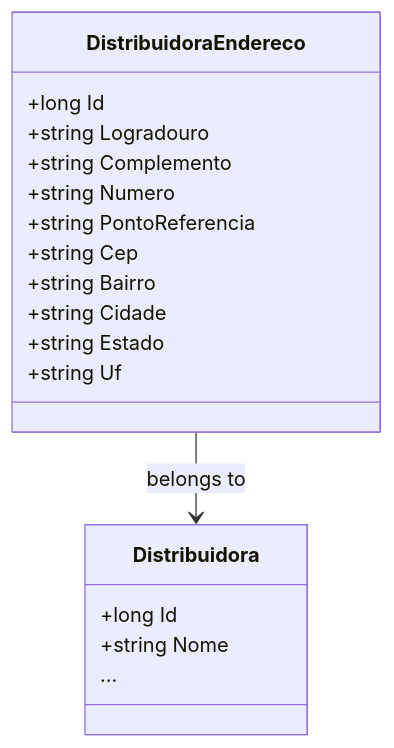
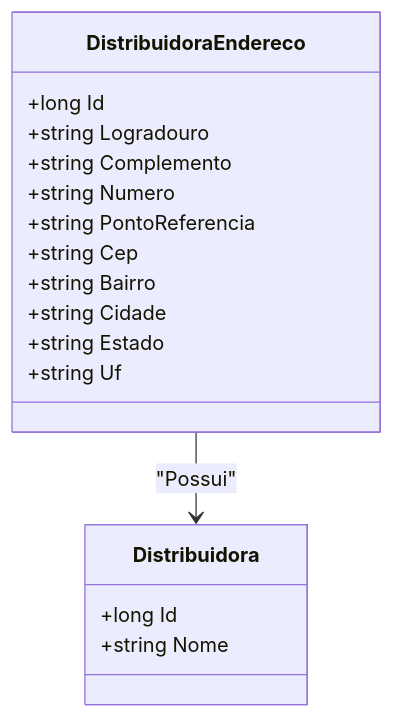
The diagram in docs/b2b-dominio/IsthmusWinthor.Nucleo/IsthmusWinthor.Dominio/Entidades/DistribuidoraEndereco.md (IsthmusSistemas/documentacao-tecnica), drawn with Mermaid before and after one commit. The commit also changed other lines of this file and 882 other files, not shown here.

````diff
--- a/docs/b2b-dominio/IsthmusWinthor.Nucleo/IsthmusWinthor.Dominio/Entidades/DistribuidoraEndereco.md
+++ b/docs/b2b-dominio/IsthmusWinthor.Nucleo/IsthmusWinthor.Dominio/Entidades/DistribuidoraEndereco.md
@@ -16,21 +18,20 @@
 ```mermaid
 classDiagram
     class DistribuidoraEndereco {
         +long Id
         +string Logradouro
         +string Complemento
         +string Numero
         +string PontoReferencia
         +string Cep
         +string Bairro
         +string Cidade
         +string Estado
         +string Uf
     }
     class Distribuidora {
         +long Id
         +string Nome
-        ...
     }
-    DistribuidoraEndereco --> Distribuidora : belongs to
+    DistribuidoraEndereco --> Distribuidora : "Possui"
 ```
````
